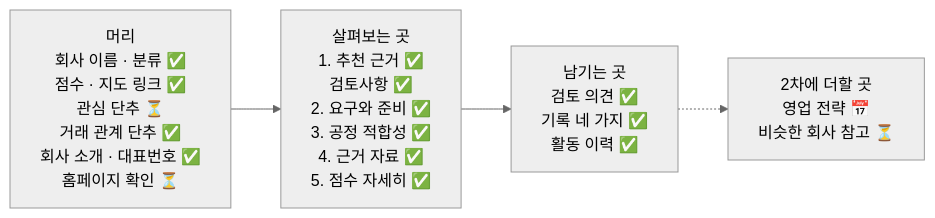
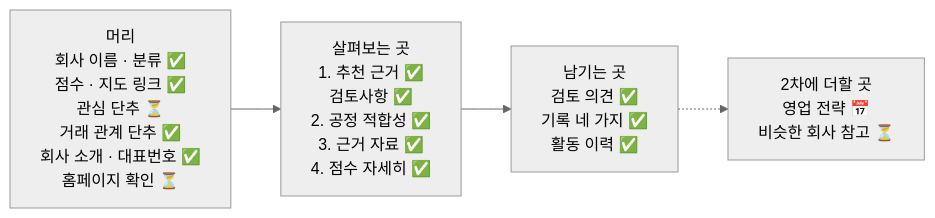
The fourth of 4 diagrams in docs/map/feature-map.md (agent-ddalgi-team/final-geosan), drawn with Mermaid (neutral theme) before and after one commit. The commit also changed other lines of this file and 11 other files, not shown here.

````diff
--- a/docs/map/feature-map.md
+++ b/docs/map/feature-map.md
@@ -150,9 +150,9 @@
 ```mermaid
 flowchart LR
     H["머리<br/>회사 이름 · 분류 ✅<br/>점수 · 지도 링크 ✅<br/>관심 단추 ⏳<br/>거래 관계 단추 ✅<br/>회사 소개 · 대표번호 ✅<br/>홈페이지 확인 ⏳"]
-    R["살펴보는 곳<br/>1. 추천 근거 ✅<br/>검토사항 ✅<br/>2. 요구와 준비 ✅<br/>3. 공정 적합성 ✅<br/>4. 근거 자료 ✅<br/>5. 점수 자세히 ✅"]
+    R["살펴보는 곳<br/>1. 추천 근거 ✅<br/>검토사항 ✅<br/>2. 공정 적합성 ✅<br/>3. 근거 자료 ✅<br/>4. 점수 자세히 ✅"]
     W["남기는 곳<br/>검토 의견 ✅<br/>기록 네 가지 ✅<br/>활동 이력 ✅"]
     K["2차에 더할 곳<br/>영업 전략 📅<br/>비슷한 회사 참고 ⏳"]
     H --> R --> W
     W -.-> K
 ```
````
